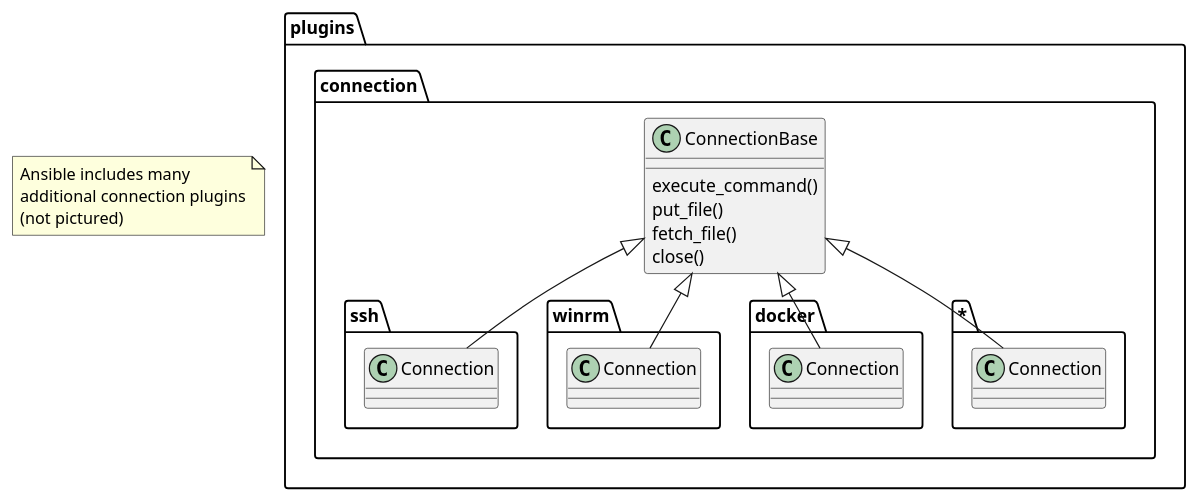
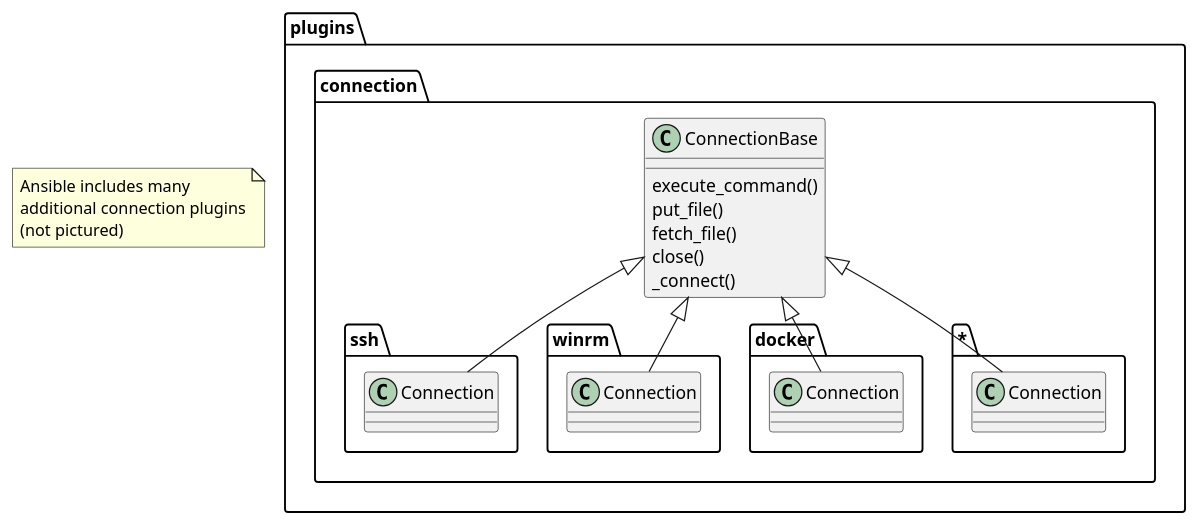
The diagram in project/uml/ConnectionClass.puml (ezequiels/nazz), drawn with PlantUML before and after one commit. The commit also changed 3 other files, not shown here.

Commit message:
Make some diagram titles more consistent, added _connect to Connection class diagram.

```diff
--- a/project/uml/ConnectionClass.puml
+++ b/project/uml/ConnectionClass.puml
@@ -1,17 +1,18 @@
 @startuml
 
 package plugins.connection {
 	ConnectionBase <|-- ssh.Connection
 	ConnectionBase <|-- winrm.Connection
 	ConnectionBase <|-- docker.Connection
 	ConnectionBase <|-- "*.Connection"
 }
 
 ConnectionBase : execute_command()
 ConnectionBase : put_file()
 ConnectionBase : fetch_file()
 ConnectionBase : close()
+ConnectionBase : _connect()
 
 note "Ansible includes many\nadditional connection plugins\n(not pictured)" as N1
 
 @enduml
```
